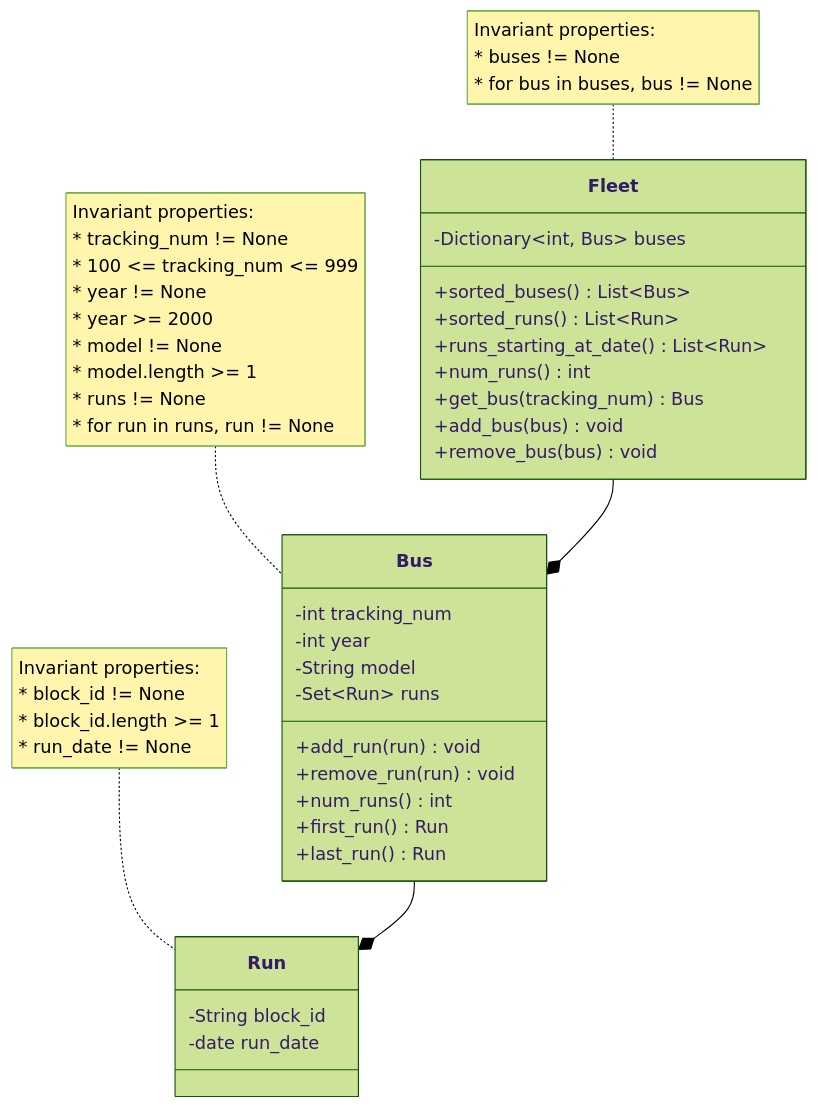
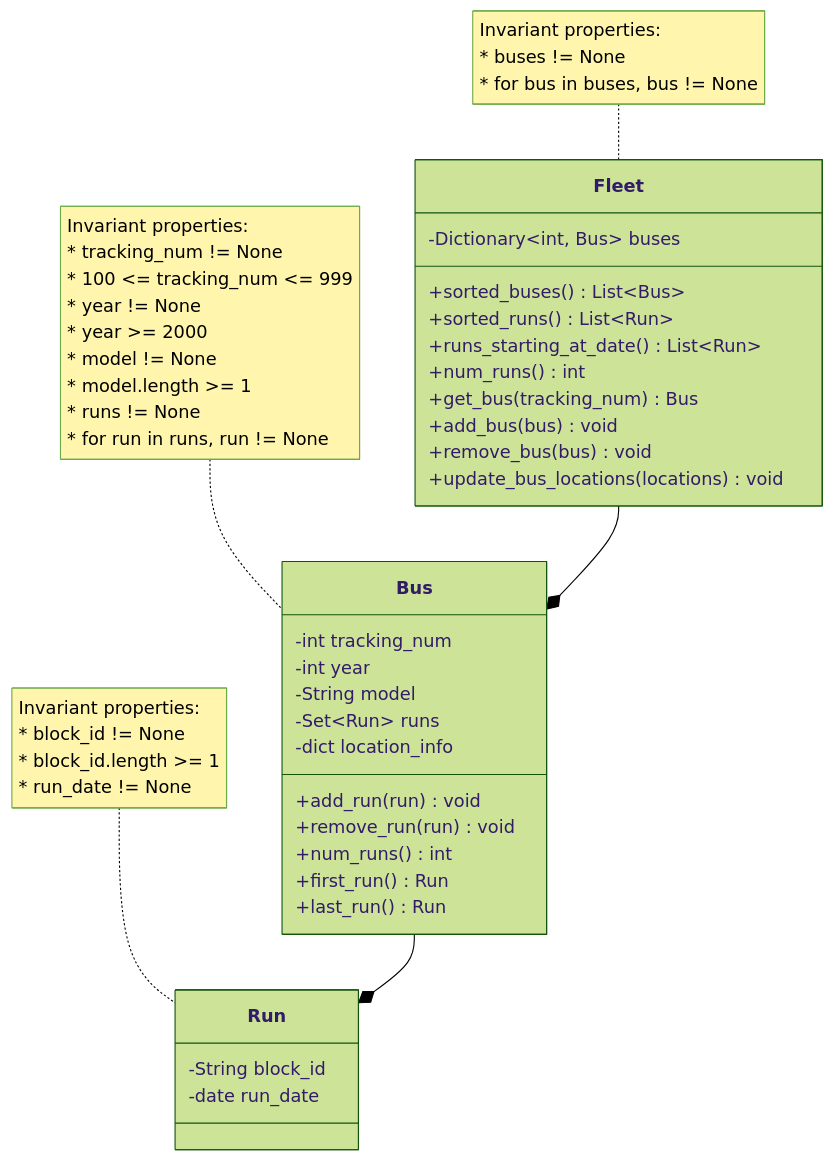
The diagram in domain.md (Michel-Prejet/zeb-tracker), drawn with Mermaid (forest theme) before and after one commit. The commit also changed 9 other files, not shown here.

````diff
--- a/domain.md
+++ b/domain.md
@@ -5,58 +5,60 @@
 ```mermaid
 classDiagram
     class Fleet {
         -Dictionary~int, Bus~ buses
         
         +sorted_buses() List~Bus~
         +sorted_runs() List~Run~
         +runs_starting_at_date() List~Run~
         +num_runs() int
         +get_bus(tracking_num) Bus
         +add_bus(bus) void
         +remove_bus(bus) void
+        +update_bus_locations(locations) void
     }
     
     note for Fleet"Invariant properties:
     * buses != None
     * for bus in buses, bus != None
     "
     
     Fleet --* Bus
     
     class Bus {
         -int tracking_num
         -int year
         -String model
         -Set~Run~ runs
+        -dict location_info
         
         +add_run(run) void
         +remove_run(run) void
         +num_runs() int
         +first_run() Run
         +last_run() Run
     }
 
     note for Bus "Invariant properties:
     * tracking_num != None
     * 100 <= tracking_num <= 999
     * year != None
     * year >= 2000
     * model != None
     * model.length >= 1
     * runs != None
     * for run in runs, run != None
     "
     
     Bus --* Run
     
     class Run {
         -String block_id
         -date run_date
     }
     
     note for Run"Invariant properties:
     * block_id != None
     * block_id.length >= 1
     * run_date != None
     "
 ```
````
